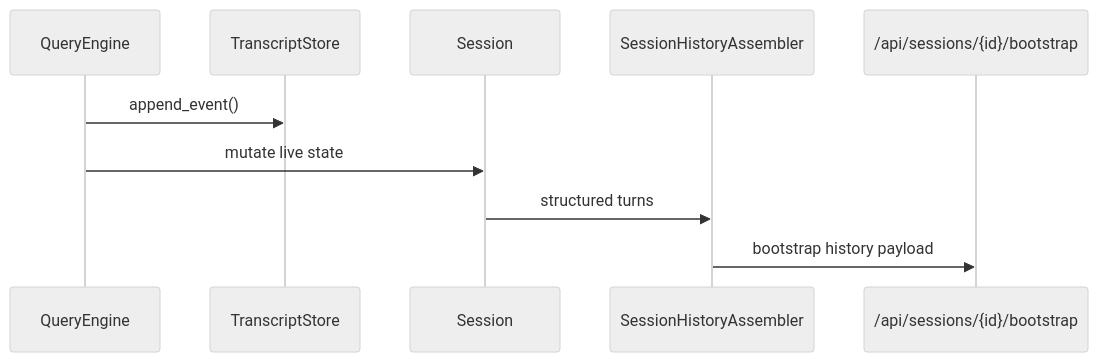
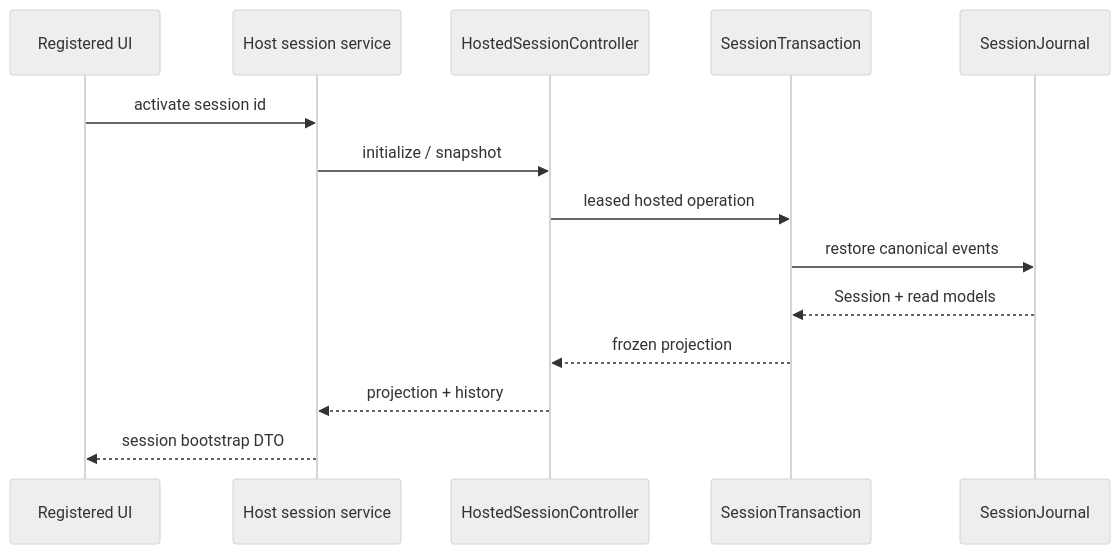
The second of 2 diagrams in docs/platform/session-runtime.md (czh869452912/ccode-win7), drawn with Mermaid (neutral theme) before and after one commit. The commit also changed other lines of this file and 42 other files, not shown here.

Commit message:
docs: converge current architecture authorities

````diff
--- a/docs/platform/session-runtime.md
+++ b/docs/platform/session-runtime.md
@@ -56,12 +66,16 @@
 ```mermaid
 sequenceDiagram
-    participant QE as QueryEngine
-    participant TS as TranscriptStore
-    participant S as Session
-    participant SHA as SessionHistoryAssembler
-    participant API as /api/sessions/{id}/bootstrap
-    QE->>TS: append_event()
-    QE->>S: mutate live state
-    S->>SHA: structured turns
-    SHA->>API: bootstrap history payload
+    participant UI as Registered UI
+    participant Host as Host session service
+    participant Controller as HostedSessionController
+    participant Tx as SessionTransaction
+    participant Journal as SessionJournal
+    UI->>Host: activate session id
+    Host->>Controller: initialize / snapshot
+    Controller->>Tx: leased hosted operation
+    Tx->>Journal: restore canonical events
+    Journal-->>Tx: Session + read models
+    Tx-->>Controller: frozen projection
+    Controller-->>Host: projection + history
+    Host-->>UI: session bootstrap DTO
 ```
````
